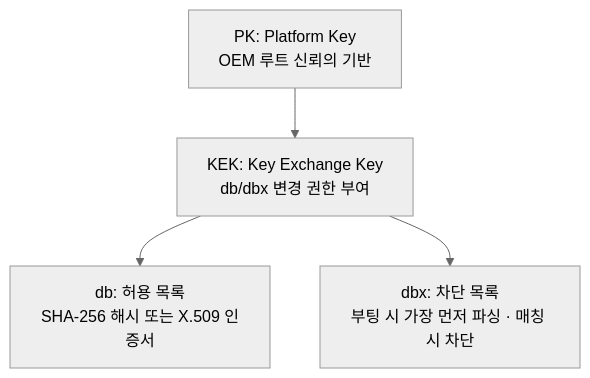
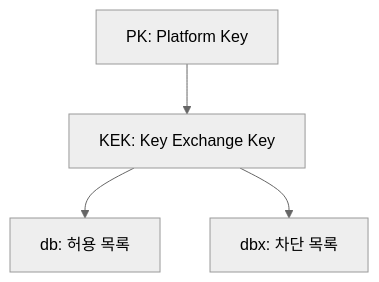
One commit to moonblueblue/devops-wiki changed the second of 6 diagrams in content/linux/boot-init/boot-process.md. Above: the diagram before and after it, drawn with Mermaid (neutral theme). The commit also changed other lines of this file and 2 other files, not shown here.

````diff
--- a/content/linux/boot-init/boot-process.md
+++ b/content/linux/boot-init/boot-process.md
@@ -66,11 +66,11 @@
 ```mermaid
 graph TD
-    PK[PK: Platform Key\nOEM 루트 신뢰의 기반]
-    KEK[KEK: Key Exchange Key\ndb/dbx 변경 권한 부여]
-    db[db: 허용 목록\nSHA-256 해시 또는 X.509 인증서]
-    dbx[dbx: 차단 목록\n부팅 시 가장 먼저 파싱 · 매칭 시 차단]
+    PK[PK: Platform Key]
+    KEK[KEK: Key Exchange Key]
+    db[db: 허용 목록]
+    dbx[dbx: 차단 목록]
 
     PK --> KEK
     KEK --> db
     KEK --> dbx
 ```
````
